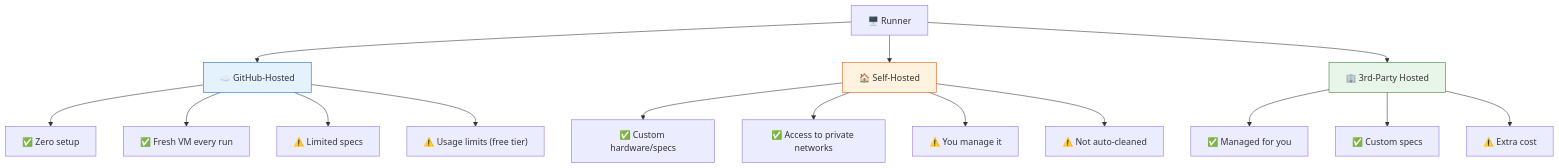
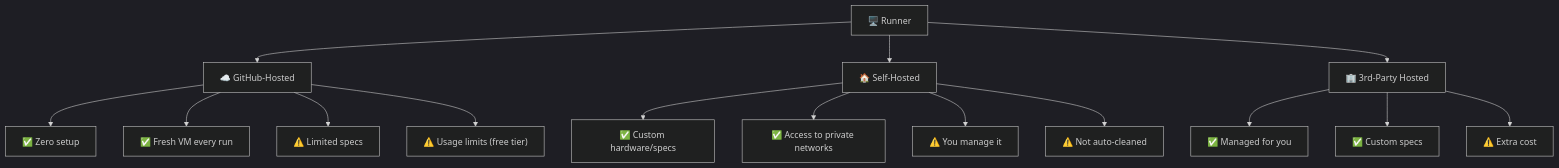
Before and after one commit to vishutyagi0210/github-ci-cd-with-labs: the first of 3 diagrams in 09-runners/README.md, drawn with Mermaid. The commit also changed other lines of this file and 13 other files, not shown here.

Commit message:
fix: switch all mermaid diagrams to dark theme for better readability

````diff
--- a/09-runners/README.md
+++ b/09-runners/README.md
@@ -9,24 +9,22 @@
 ```mermaid
+%%{init: {"theme": "dark"}}%%
 graph TD
     RUNNER["🖥️ Runner"] --> GH["☁️ GitHub-Hosted"]
     RUNNER --> SELF["🏠 Self-Hosted"]
     RUNNER --> THIRD["🏢 3rd-Party Hosted"]
 
     GH --> GH1["✅ Zero setup"]
     GH --> GH2["✅ Fresh VM every run"]
     GH --> GH3["⚠️ Limited specs"]
     GH --> GH4["⚠️ Usage limits (free tier)"]
 
     SELF --> SH1["✅ Custom hardware/specs"]
     SELF --> SH2["✅ Access to private networks"]
     SELF --> SH3["⚠️ You manage it"]
     SELF --> SH4["⚠️ Not auto-cleaned"]
 
     THIRD --> TH1["✅ Managed for you"]
     THIRD --> TH2["✅ Custom specs"]
     THIRD --> TH3["⚠️ Extra cost"]
 
-    style GH fill:#e3f2fd,stroke:#1565c0
-    style SELF fill:#fff3e0,stroke:#e65100
-    style THIRD fill:#e8f5e9,stroke:#2e7d32
 ```
````
